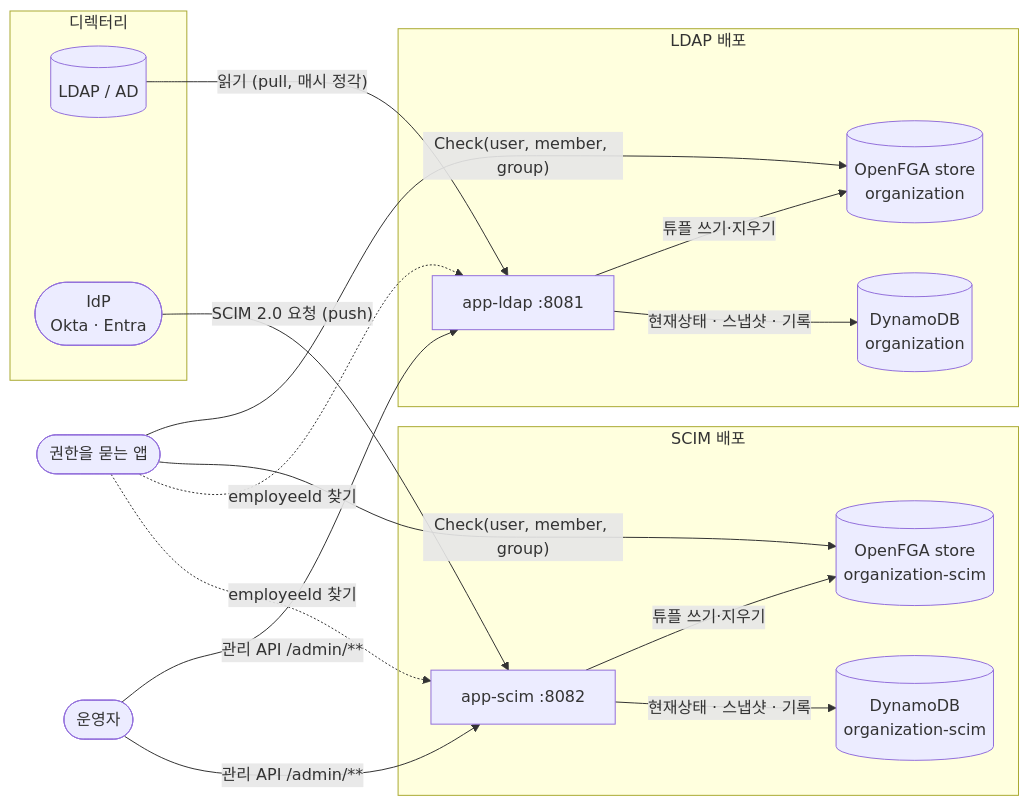
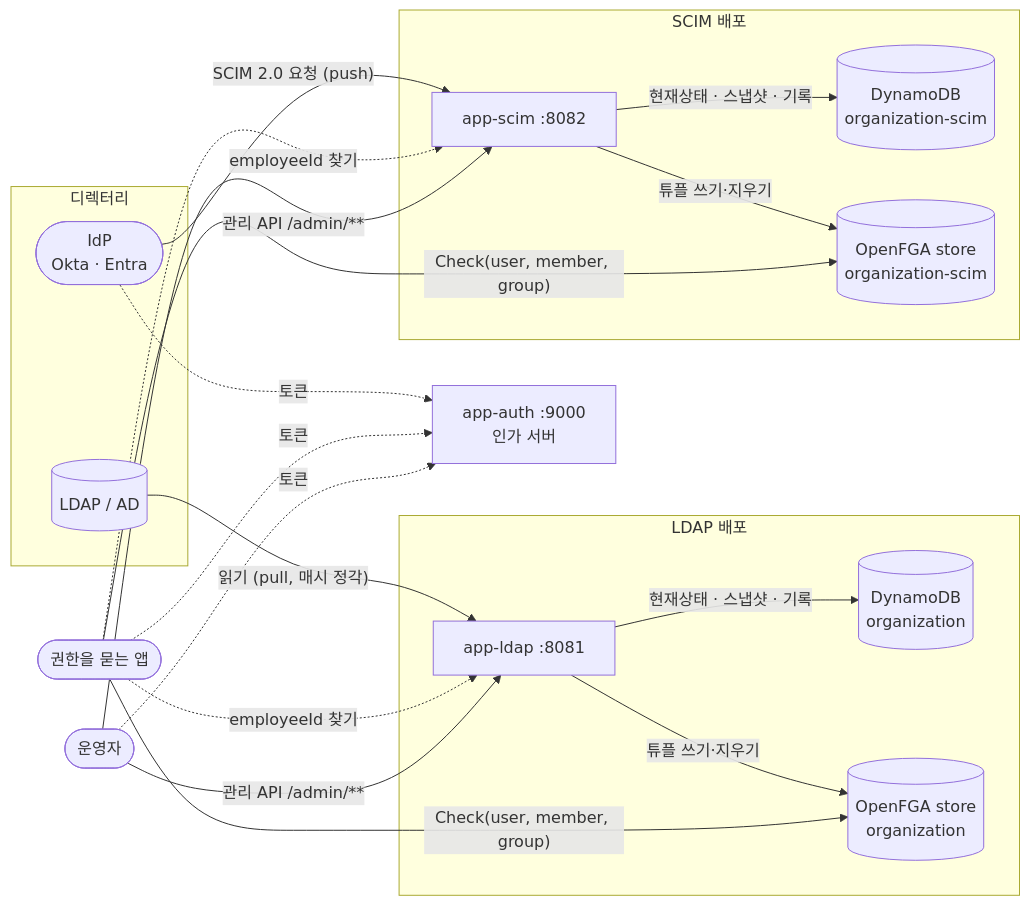
Before and after one commit to starryeye/organization: the first of 2 diagrams in docs/onboarding/01-개요.md, drawn with Mermaid. The commit also changed other lines of this file and 15 other files, not shown here.

````diff
--- a/docs/onboarding/01-개요.md
+++ b/docs/onboarding/01-개요.md
@@ -61,35 +62,39 @@
 ```mermaid
 flowchart LR
     subgraph src["디렉터리"]
         ldap[("LDAP / AD")]
         idp(["IdP<br/>Okta · Entra"])
     end
 
     subgraph ldapDeploy["LDAP 배포"]
         appLdap["app-ldap :8081"]
         ddbL[("DynamoDB<br/>organization")]
         fgaL[("OpenFGA store<br/>organization")]
     end
 
     subgraph scimDeploy["SCIM 배포"]
         appScim["app-scim :8082"]
         ddbS[("DynamoDB<br/>organization-scim")]
         fgaS[("OpenFGA store<br/>organization-scim")]
     end
 
     apps(["권한을 묻는 앱"])
     ops(["운영자"])
+    auth["app-auth :9000<br/>인가 서버"]
 
+    idp -. "토큰" .-> auth
+    apps -. "토큰" .-> auth
+    ops -. "토큰" .-> auth
     ldap -- "읽기 (pull, 매시 정각)" --> appLdap
     idp -- "SCIM 2.0 요청 (push)" --> appScim
     appLdap -- "튜플 쓰기·지우기" --> fgaL
     appLdap -- "현재상태 · 스냅샷 · 기록" --> ddbL
     appScim -- "튜플 쓰기·지우기" --> fgaS
     appScim -- "현재상태 · 스냅샷 · 기록" --> ddbS
     apps -- "Check(user, member, group)" --> fgaL
     apps -- "Check(user, member, group)" --> fgaS
     apps -. "employeeId 찾기" .-> appLdap
     apps -. "employeeId 찾기" .-> appScim
     ops -- "관리 API /admin/**" --> appLdap
     ops -- "관리 API /admin/**" --> appScim
 ```
````
